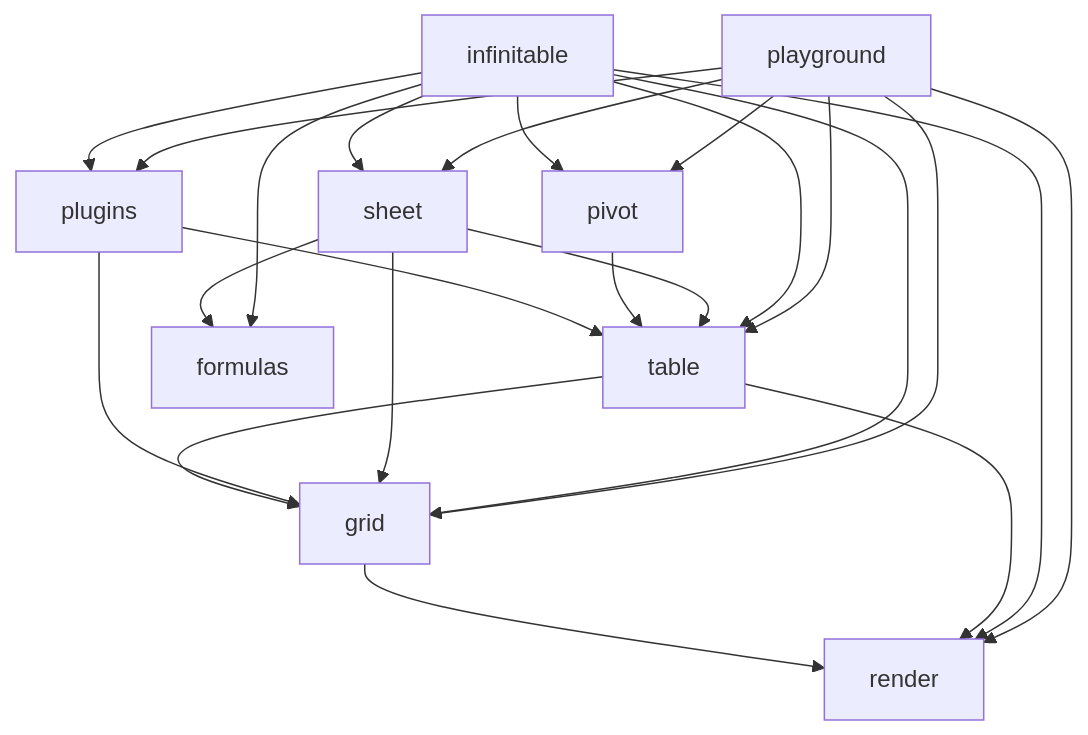
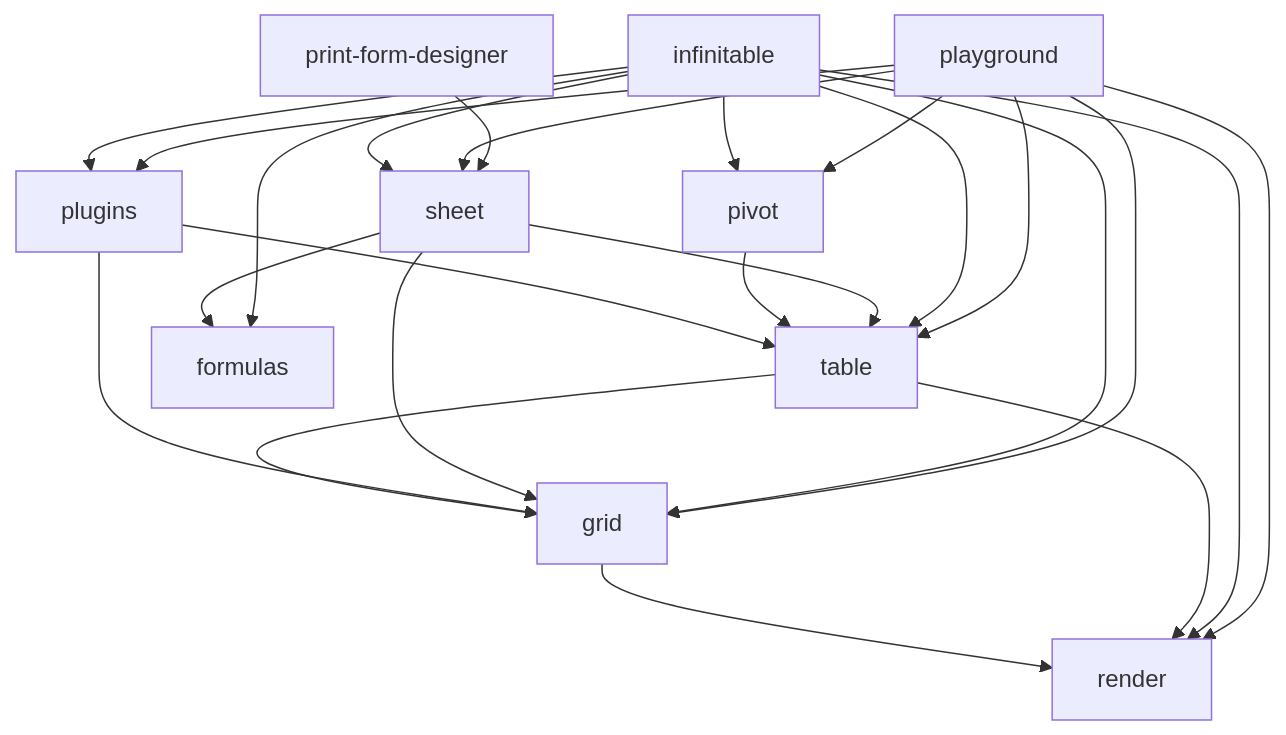
The diagram in .agents/docs/CODE-MAP.md (cabinet-fe/infinite-table), drawn with Mermaid before and after one commit. The commit also changed other lines of this file and 11 other files, not shown here.

First line of the commit message:
feat(print-form-designer): 波段式模板模型与设计画布（P3）

````diff
--- a/.agents/docs/CODE-MAP.md
+++ b/.agents/docs/CODE-MAP.md
@@ -85,25 +85,26 @@
 ```mermaid
 graph TD
     grid --> render
     table --> grid
     table --> render
     plugins --> table
     plugins --> grid
     pivot --> table
     sheet --> table
     sheet --> grid
     sheet --> formulas
     infinitable --> render
     infinitable --> grid
     infinitable --> table
     infinitable --> formulas
     infinitable --> plugins
     infinitable --> sheet
     infinitable --> pivot
     playground --> grid
     playground --> table
     playground --> render
     playground --> plugins
     playground --> pivot
     playground --> sheet
+    print-form-designer --> sheet
 ```
````
